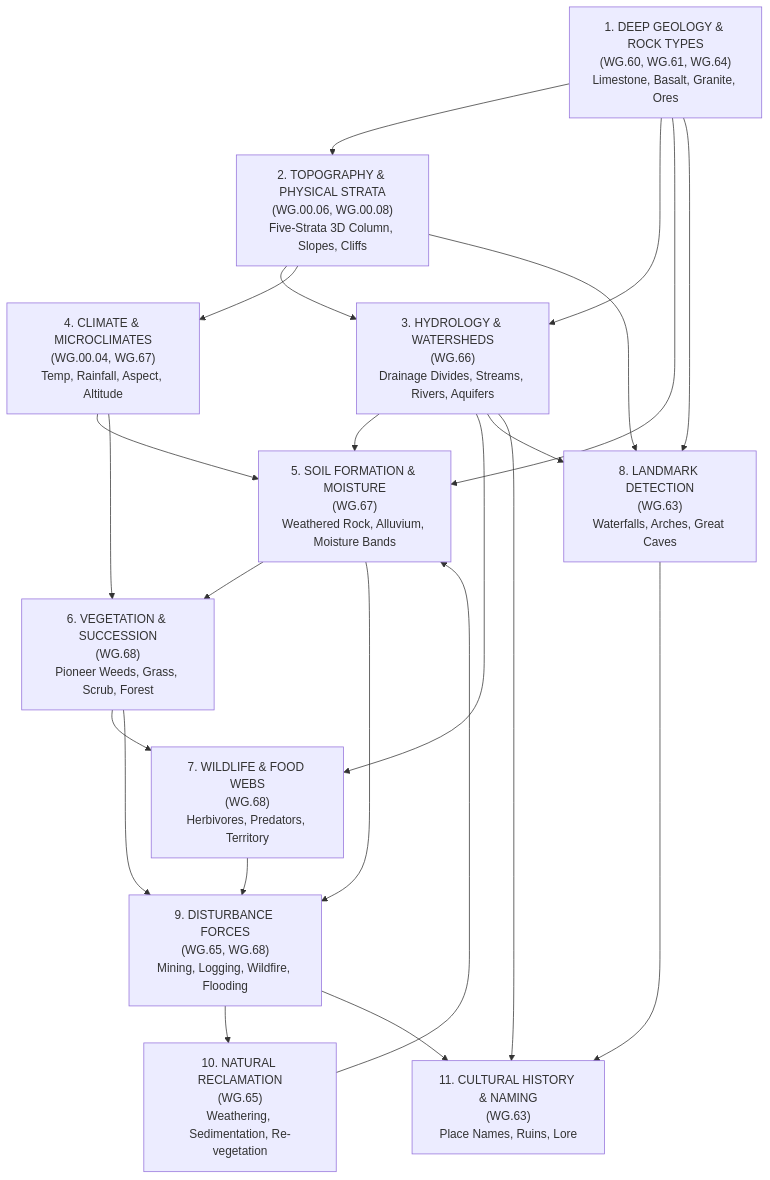
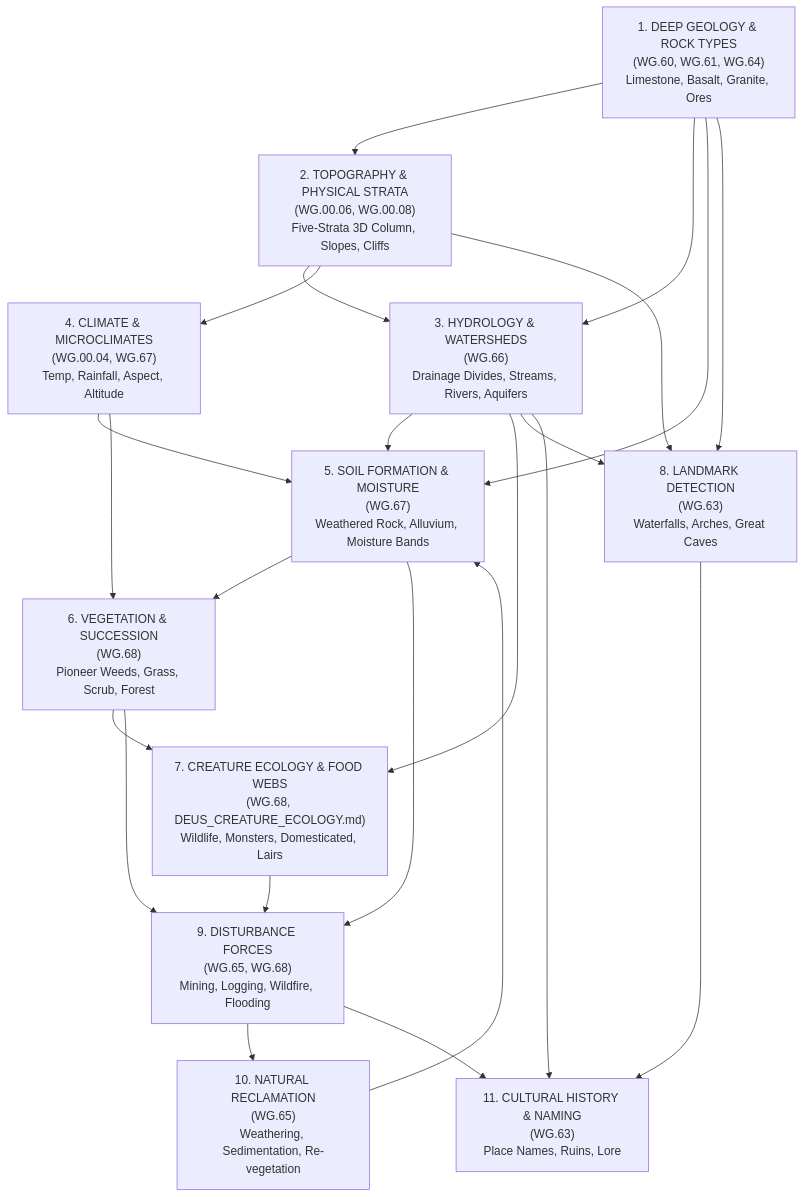
Before and after one commit to willshw89/Deus: the diagram in docs/worldgen/DEUS_NATURAL_WORLD_SYSTEMS.md, drawn with Mermaid. The commit also changed 3 other files, not shown here.

Commit message:
[gemini] DEUS-CREAT-01: Establish Unified Creature Ecology Architecture, Master Creature Schema, and expand WG.68 (WG.68.01-16)

````diff
--- a/docs/worldgen/DEUS_NATURAL_WORLD_SYSTEMS.md
+++ b/docs/worldgen/DEUS_NATURAL_WORLD_SYSTEMS.md
@@ -158,31 +158,31 @@
 ```mermaid
 flowchart TD
     GEO["1. DEEP GEOLOGY & ROCK TYPES<br/>(WG.60, WG.61, WG.64)<br/>Limestone, Basalt, Granite, Ores"]
     TOPO["2. TOPOGRAPHY & PHYSICAL STRATA<br/>(WG.00.06, WG.00.08)<br/>Five-Strata 3D Column, Slopes, Cliffs"]
     HYDRO["3. HYDROLOGY & WATERSHEDS<br/>(WG.66)<br/>Drainage Divides, Streams, Rivers, Aquifers"]
     CLIM["4. CLIMATE & MICROCLIMATES<br/>(WG.00.04, WG.67)<br/>Temp, Rainfall, Aspect, Altitude"]
     SOIL["5. SOIL FORMATION & MOISTURE<br/>(WG.67)<br/>Weathered Rock, Alluvium, Moisture Bands"]
     VEG["6. VEGETATION & SUCCESSION<br/>(WG.68)<br/>Pioneer Weeds, Grass, Scrub, Forest"]
-    WILD["7. WILDLIFE & FOOD WEBS<br/>(WG.68)<br/>Herbivores, Predators, Territory"]
+    CREAT["7. CREATURE ECOLOGY & FOOD WEBS<br/>(WG.68, DEUS_CREATURE_ECOLOGY.md)<br/>Wildlife, Monsters, Domesticated, Lairs"]
     LAND["8. LANDMARK DETECTION<br/>(WG.63)<br/>Waterfalls, Arches, Great Caves"]
     DIST["9. DISTURBANCE FORCES<br/>(WG.65, WG.68)<br/>Mining, Logging, Wildfire, Flooding"]
     RECL["10. NATURAL RECLAMATION<br/>(WG.65)<br/>Weathering, Sedimentation, Re-vegetation"]
     HIST["11. CULTURAL HISTORY & NAMING<br/>(WG.63)<br/>Place Names, Ruins, Lore"]
 
     GEO --> TOPO
     TOPO --> HYDRO
     GEO --> HYDRO
     TOPO --> CLIM
     HYDRO --> SOIL
     GEO --> SOIL
     CLIM --> SOIL
     SOIL --> VEG
     CLIM --> VEG
-    VEG --> WILD
-    HYDRO --> WILD
+    VEG --> CREAT
+    HYDRO --> CREAT
     TOPO & HYDRO & GEO --> LAND
-    VEG & WILD & SOIL --> DIST
+    VEG & CREAT & SOIL --> DIST
     DIST --> RECL
     RECL --> SOIL
     DIST & LAND & HYDRO --> HIST
 ```
````
